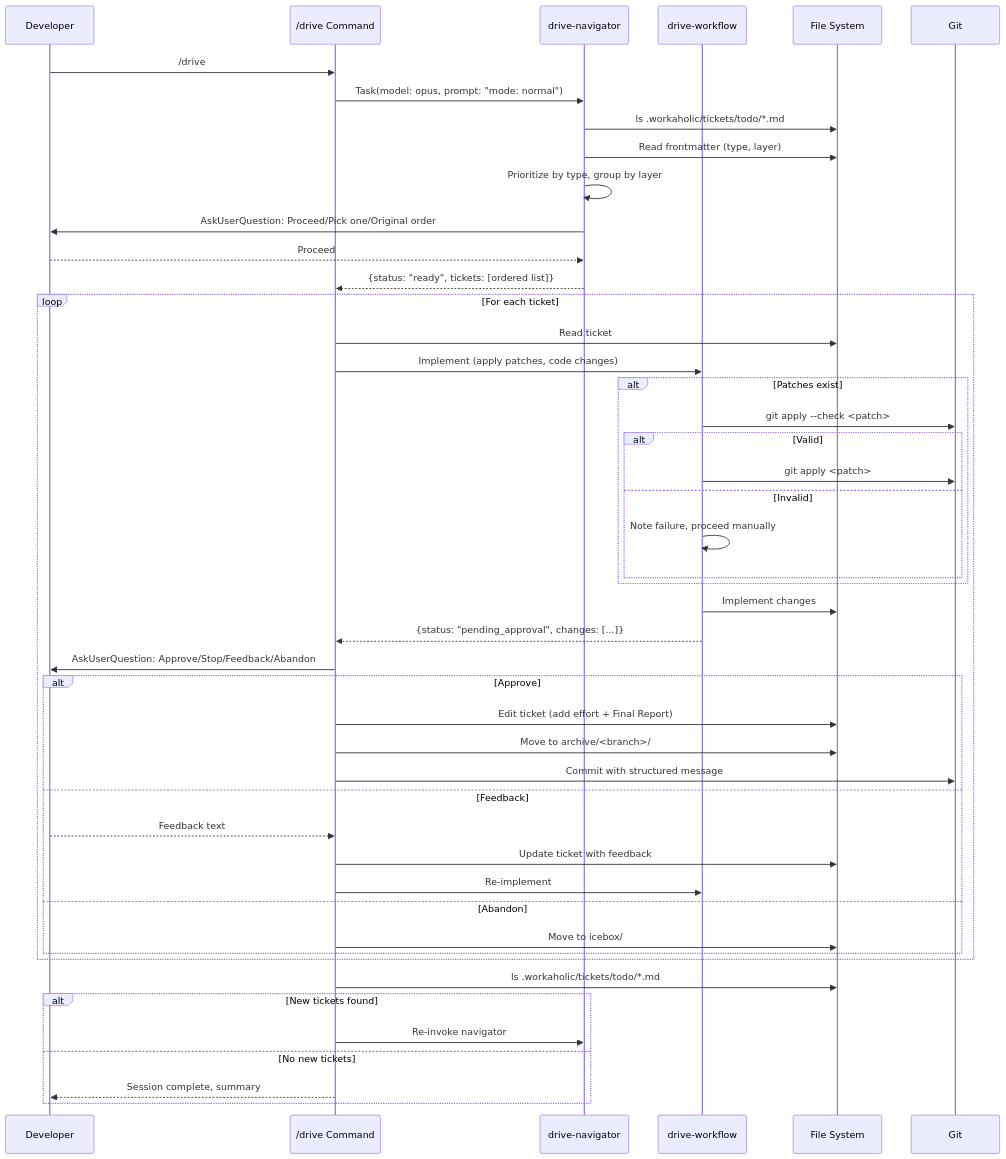
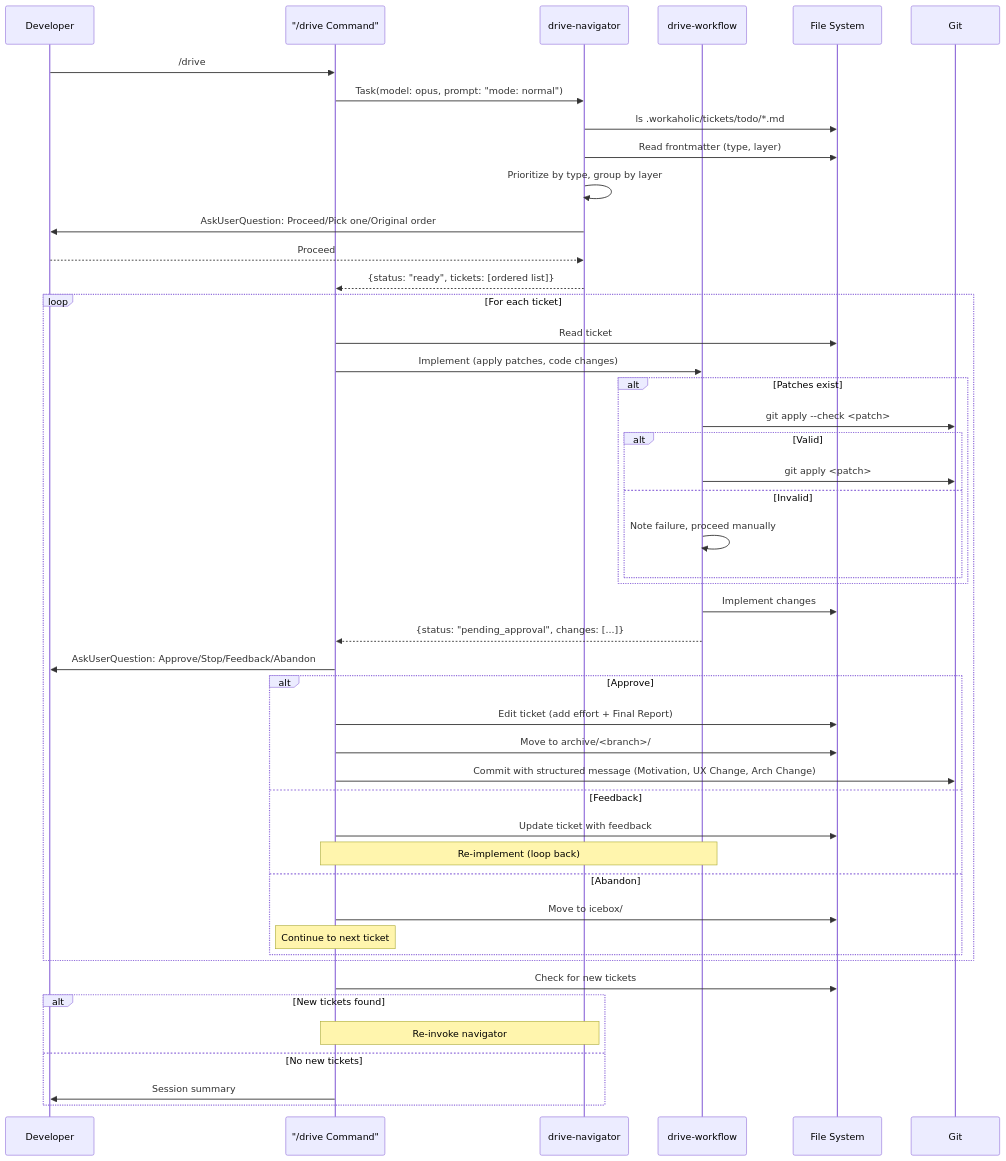
The second of 6 diagrams in .workaholic/specs/usecase.md (qmu/workaholic), drawn with Mermaid before and after one commit. The commit also changed other lines of this file and 36 other files, not shown here.

````diff
--- a/.workaholic/specs/usecase.md
+++ b/.workaholic/specs/usecase.md
@@ -164,53 +202,53 @@
 ```mermaid
 sequenceDiagram
     participant Dev as Developer
-    participant Cmd as /drive Command
+    participant Cmd as "/drive Command"
     participant Nav as drive-navigator
     participant Wf as drive-workflow
     participant FS as File System
     participant Git as Git
 
     Dev->>Cmd: /drive
     Cmd->>Nav: Task(model: opus, prompt: "mode: normal")
     Nav->>FS: ls .workaholic/tickets/todo/*.md
     Nav->>FS: Read frontmatter (type, layer)
     Nav->>Nav: Prioritize by type, group by layer
     Nav->>Dev: AskUserQuestion: Proceed/Pick one/Original order
     Dev-->>Nav: Proceed
     Nav-->>Cmd: {status: "ready", tickets: [ordered list]}
 
     loop For each ticket
         Cmd->>FS: Read ticket
         Cmd->>Wf: Implement (apply patches, code changes)
         alt Patches exist
             Wf->>Git: git apply --check <patch>
             alt Valid
                 Wf->>Git: git apply <patch>
             else Invalid
                 Wf->>Wf: Note failure, proceed manually
             end
         end
         Wf->>FS: Implement changes
         Wf-->>Cmd: {status: "pending_approval", changes: [...]}
         Cmd->>Dev: AskUserQuestion: Approve/Stop/Feedback/Abandon
 
         alt Approve
             Cmd->>FS: Edit ticket (add effort + Final Report)
             Cmd->>FS: Move to archive/<branch>/
-            Cmd->>Git: Commit with structured message
+            Cmd->>Git: Commit with structured message (Motivation, UX Change, Arch Change)
         else Feedback
-            Dev-->>Cmd: Feedback text
             Cmd->>FS: Update ticket with feedback
-            Cmd->>Wf: Re-implement
+            Note over Cmd,Wf: Re-implement (loop back)
         else Abandon
             Cmd->>FS: Move to icebox/
+            Note over Cmd: Continue to next ticket
         end
     end
 
-    Cmd->>FS: ls .workaholic/tickets/todo/*.md
+    Cmd->>FS: Check for new tickets
     alt New tickets found
-        Cmd->>Nav: Re-invoke navigator
+        Note over Cmd,Nav: Re-invoke navigator
     else No new tickets
-        Cmd-->>Dev: Session complete, summary
+        Cmd->>Dev: Session summary
     end
 ```
````
